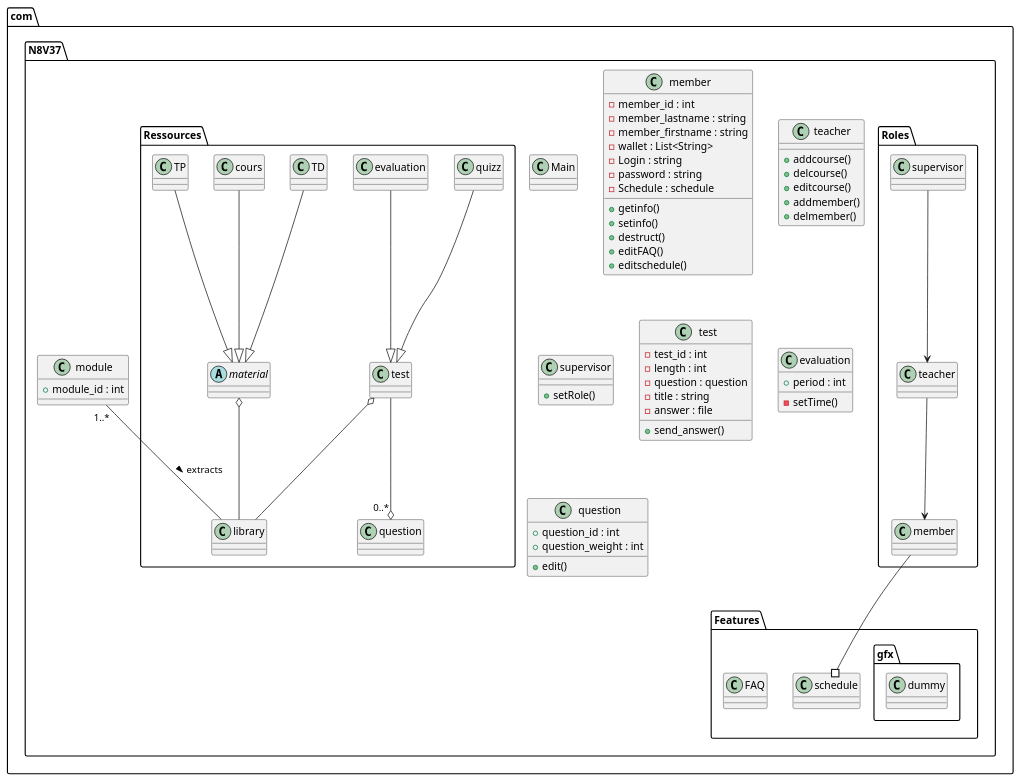
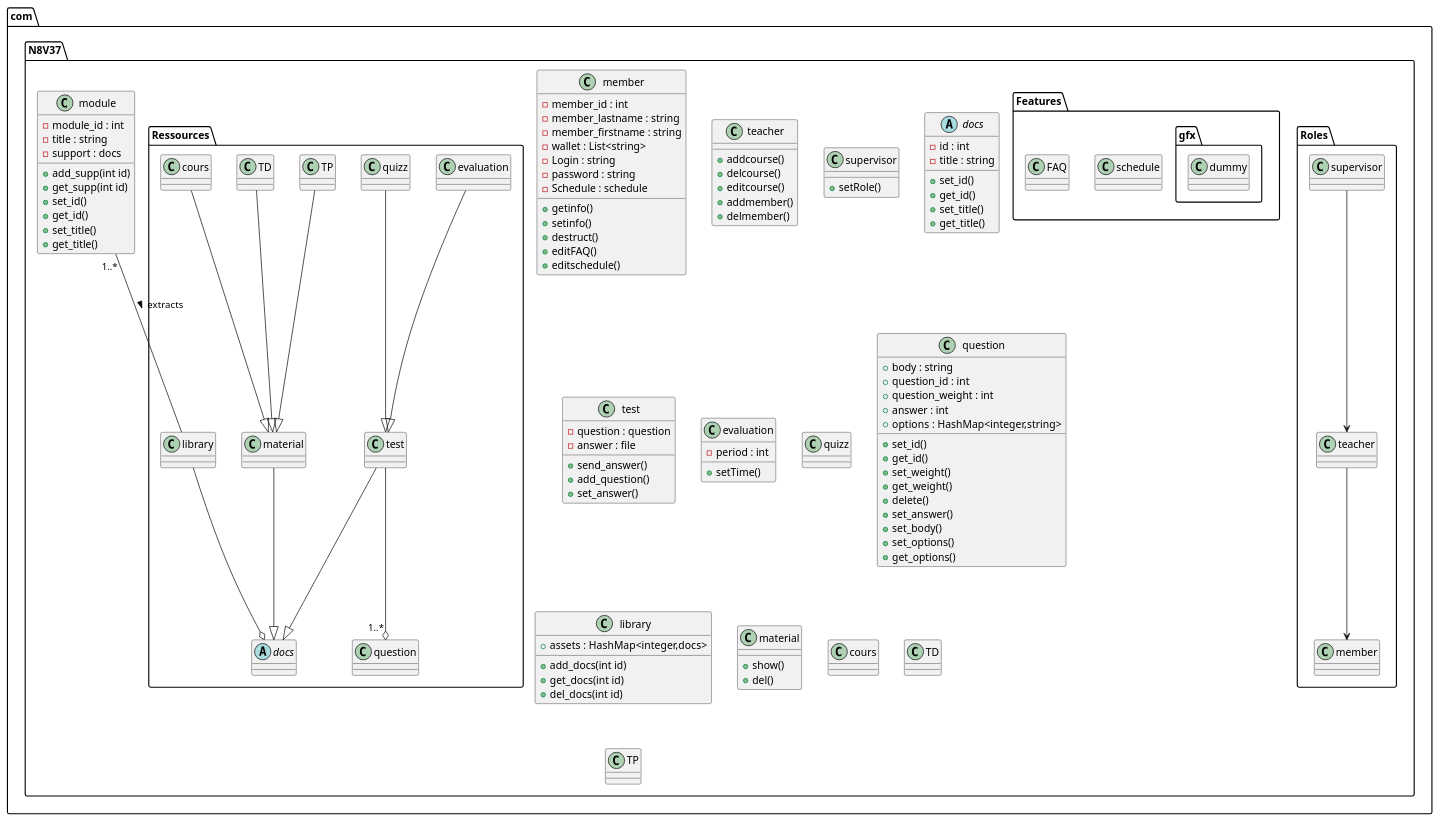
Before and after one commit to kingussopp/N8V37: the diagram in classes/classe.puml, drawn with PlantUML. The commit also changed 1 other file, not shown here.

Commit message:
docs: :memo: update for the role / ressource classes

```diff
--- a/classes/classe.puml
+++ b/classes/classe.puml
@@ -1,83 +1,133 @@
 @startuml class_diagram
 package com.N8V37{
+    /' definition of the relationship
+     between classes'/
     package com.N8V37.Ressources{
-        abstract material
+
         class library
+        abstract docs
         TD --|> material        
         cours --|> material
         TP --|> material
         evaluation --|> test
         quizz --|> test
-        test --o "0..*" question 
-        test o-- library
-        material o-- library
-        
+        test --o "1..*" question 
+        test --|> docs 
+        material --|> docs
+        library --o docs     
     }
-
-
     package com.N8V37.Roles{
         supervisor --> teacher
-        teacher --> member
-    
+        teacher --> member   
     }
     package com.N8V37.Features{
         class schedule
         class FAQ
         namespace gfx{
             class dummy
-            } 
-        
-        
+            }         
     }
-    member --# schedule
-    class Main
+    /'member --# schedule
+    member --# FAQ
+    Main -- com.N8V37.Roles
+    Main -- module
+    Main -- com.N8V37.Features'/
+    ' definition of the independent classes    
     class module{
-        + module_id : int
+        - module_id : int
+        - title : string
+        - support : docs
+        + add_supp(int id)
+        + get_supp(int id)
+        + set_id()
+        + get_id()
+        + set_title()
+        + get_title()
     }
     module "1..*" -- library : extracts >
+    ' definition of "role" classes (done)
     class member{
         - member_id : int
         - member_lastname : string
         - member_firstname : string
-        - wallet : List<String>
+        - wallet : List<string>
         - Login : string
         - password : string 
         - Schedule : schedule      
         + getinfo()
         + setinfo()
         + destruct()
         + editFAQ()
         + editschedule()
     }
     class teacher {
         + addcourse()
         + delcourse()
         + editcourse()
         + addmember()
-        + delmember()
-        
+        + delmember()       
     }
     class supervisor{
         + setRole()
     }
+    ' definition of "ressources" classes
+    abstract docs{
+        - id : int
+        - title : string
+        + set_id()
+        + get_id()
+        + set_title()
+        +get_title()
+    }
     class test{
-        - test_id : int
-        - length : int
         - question : question
-        - title : string
         - answer : file
         + send_answer()
+        + add_question()
+        + set_answer()
+    }
+    class evaluation{
+        - period : int
+        + setTime()
+    }
+    class quizz{
 
     }
-    class evaluation{
-        + period : int
-        - setTime()
-    }
     class question{
+        + body : string
         + question_id : int
         + question_weight : int
-        + edit()
+        + answer : int
+        + options : HashMap<integer,string> 
+        + set_id()
+        + get_id()
+        + set_weight()
+        + get_weight()
+        + delete()
+        + set_answer()
+        + set_body()
+        + set_options()
+        + get_options() 
+    }
+    class library{
+        + assets : HashMap<integer,docs>
+        + add_docs(int id)
+        + get_docs(int id)
+        + del_docs(int id)
+    }
+    class material{
+        + show()
+        + del()
+    }
+    class cours{
 
     }
+    class TD{
+
+    }
+    class TP{
+
+    }
+    ' definition of "features" classes
 }
 @enduml
```
